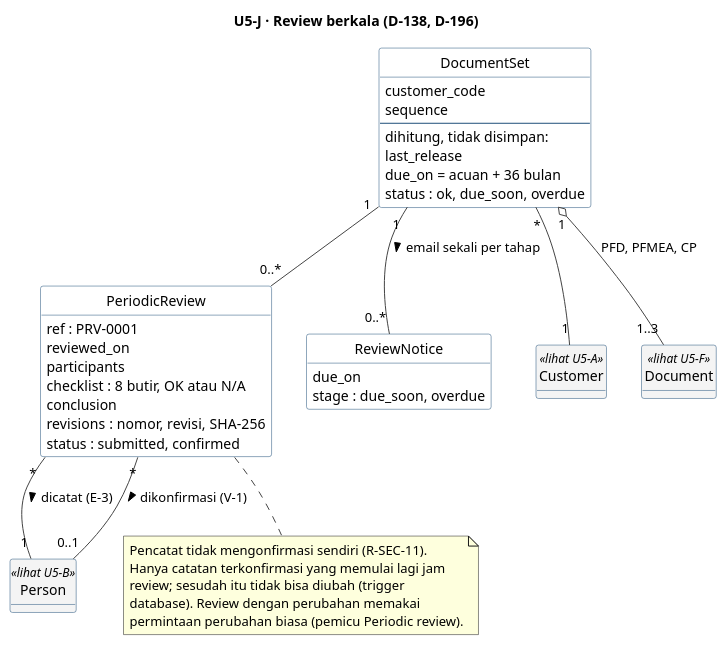
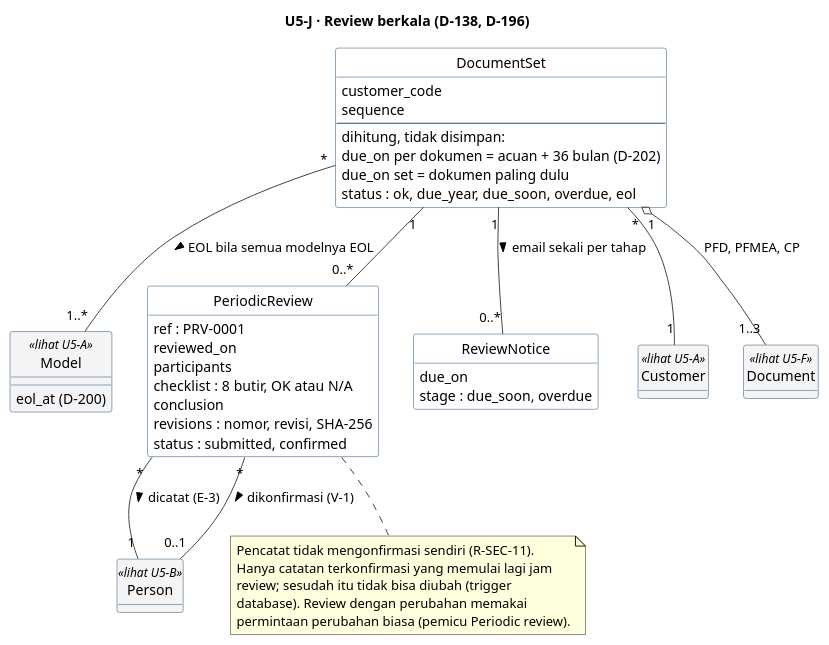
The tenth of 10 diagrams in docs/uml/U5-kelas-domain.puml (dkpauzi/revioten), drawn with PlantUML before and after one commit. The commit also changed 105 other files, not shown here.

```diff
--- a/docs/uml/U5-kelas-domain.puml
+++ b/docs/uml/U5-kelas-domain.puml
@@ -1072,56 +1072,60 @@
 @startuml U5-J-review-berkala
 hide circle
 hide empty methods
 skinparam shadowing false
 skinparam ArrowColor #444444
 skinparam class {
   BorderColor #1F4E79
   BackgroundColor #FFFFFF
   BackgroundColor<<lihat U5-A>> #F4F4F4
   BackgroundColor<<lihat U5-B>> #F4F4F4
   BackgroundColor<<lihat U5-F>> #F4F4F4
 }
 
 title U5-J · Review berkala (D-138, D-196)
 
 class DocumentSet {
   customer_code
   sequence
   --
   dihitung, tidak disimpan:
-  last_release
-  due_on = acuan + 36 bulan
-  status : ok, due_soon, overdue
+  due_on per dokumen = acuan + 36 bulan (D-202)
+  due_on set = dokumen paling dulu
+  status : ok, due_year, due_soon, overdue, eol
+}
+class Model <<lihat U5-A>> {
+  eol_at (D-200)
 }
 class PeriodicReview {
   ref : PRV-0001
   reviewed_on
   participants
   checklist : 8 butir, OK atau N/A
   conclusion
   revisions : nomor, revisi, SHA-256
   status : submitted, confirmed
 }
 class ReviewNotice {
   due_on
   stage : due_soon, overdue
 }
 class Customer <<lihat U5-A>>
 class Person <<lihat U5-B>>
 class Document <<lihat U5-F>>
 
 DocumentSet "*" -- "1" Customer
+DocumentSet "*" -- "1..*" Model : EOL bila semua modelnya EOL >
 DocumentSet "1" o-- "1..3" Document : PFD, PFMEA, CP
 DocumentSet "1" -- "0..*" PeriodicReview
 DocumentSet "1" -- "0..*" ReviewNotice : email sekali per tahap >
 PeriodicReview "*" -- "1" Person : dicatat (E-3) >
 PeriodicReview "*" -- "0..1" Person : dikonfirmasi (V-1) >
 
 note bottom of PeriodicReview
   Pencatat tidak mengonfirmasi sendiri (R-SEC-11).
   Hanya catatan terkonfirmasi yang memulai lagi jam
   review; sesudah itu tidak bisa diubah (trigger
   database). Review dengan perubahan memakai
   permintaan perubahan biasa (pemicu Periodic review).
 end note
 @enduml
```
